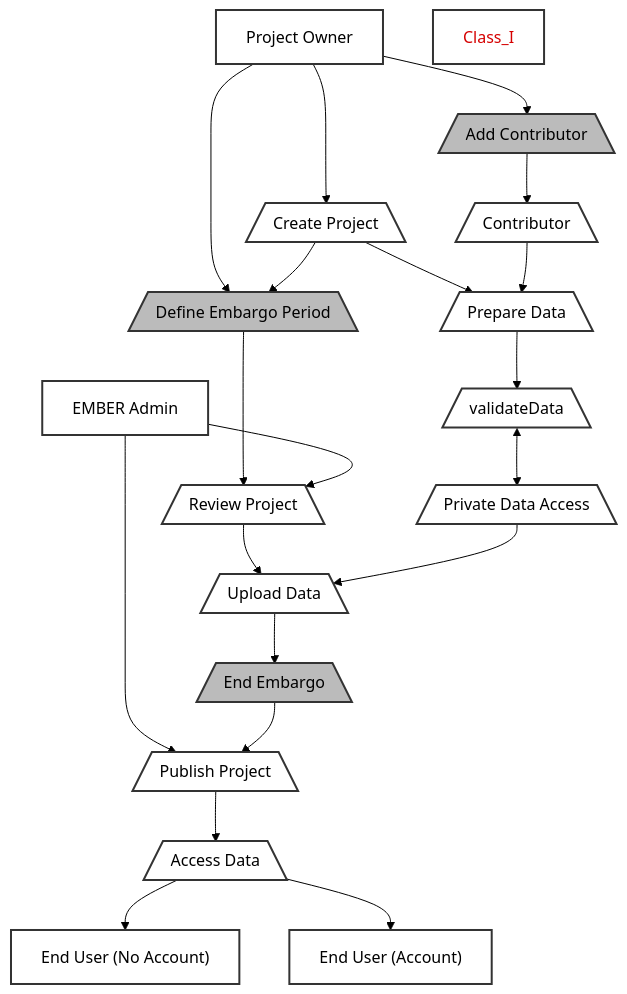
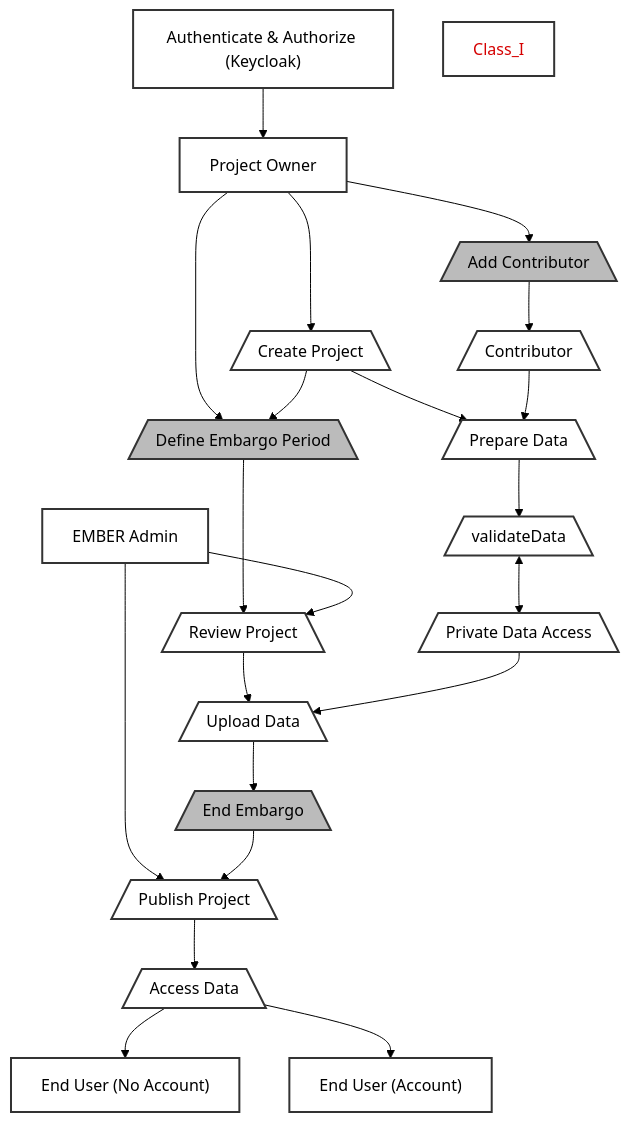
One commit to aplbrain/BBQS-EMBER-Data-Model changed the diagram in EMBER_Classes/design/class_I.mmd. Above: the diagram before and after it, drawn with Mermaid (forest theme).

```diff
--- a/EMBER_Classes/design/class_I.mmd
+++ b/EMBER_Classes/design/class_I.mmd
@@ -1,41 +1,42 @@
 ---
 config:
   layout: fixed
 ---
 flowchart TB
+    authenticate["Authenticate & Authorize (Keycloak)"] --> projectowner["Project Owner"]
     addContributor["Add Contributor"] --> contributor["Contributor"]
     projectowner["Project Owner"] --> addContributor & createProject["Create Project"] & defineEmbargoPeriod["Define Embargo Period"]
     createProject --> defineEmbargoPeriod & prepareData["Prepare Data"]
     defineEmbargoPeriod --> reviewProject["Review Project"]
     emberAdmin["EMBER Admin"] --> reviewProject & publishProject["Publish Project"]
     reviewProject --> uploadData["Upload Data"]
     uploadData --> endEmbargo["End Embargo"]
     endEmbargo --> publishProject
     publishProject --> accessData["Access Data"]
     accessData --> endUserNoAccount["End User (No Account)"] & endUserAccount["End User (Account)"]
     contributor --> prepareData
     prepareData --> validateData["validateData"]
     validateData <--> privateDataAccess["Private Data Access"]
     privateDataAccess --> uploadData
     Class_I["Class_I"]
     addContributor@{ shape: trap-b}
     contributor@{ shape: trap-b}
     createProject@{ shape: trap-b}
     defineEmbargoPeriod@{ shape: trap-b}
     prepareData@{ shape: trap-b}
     reviewProject@{ shape: trap-b}
     publishProject@{ shape: trap-b}
     uploadData@{ shape: trap-b}
     endEmbargo@{ shape: trap-b}
     accessData@{ shape: trap-b}
     validateData@{ shape: trap-b}
     privateDataAccess@{ shape: trap-b}
      addContributor:::optional
      defineEmbargoPeriod:::optional
      prepareData:::role
      endEmbargo:::optional
      validateData:::role
      privateDataAccess:::role
     classDef default fill:#fff,stroke:#333,stroke-width:2px
     classDef optional fill:#bbb,stroke:#333,stroke-width:2px
     style Class_I color:#D50000
```
